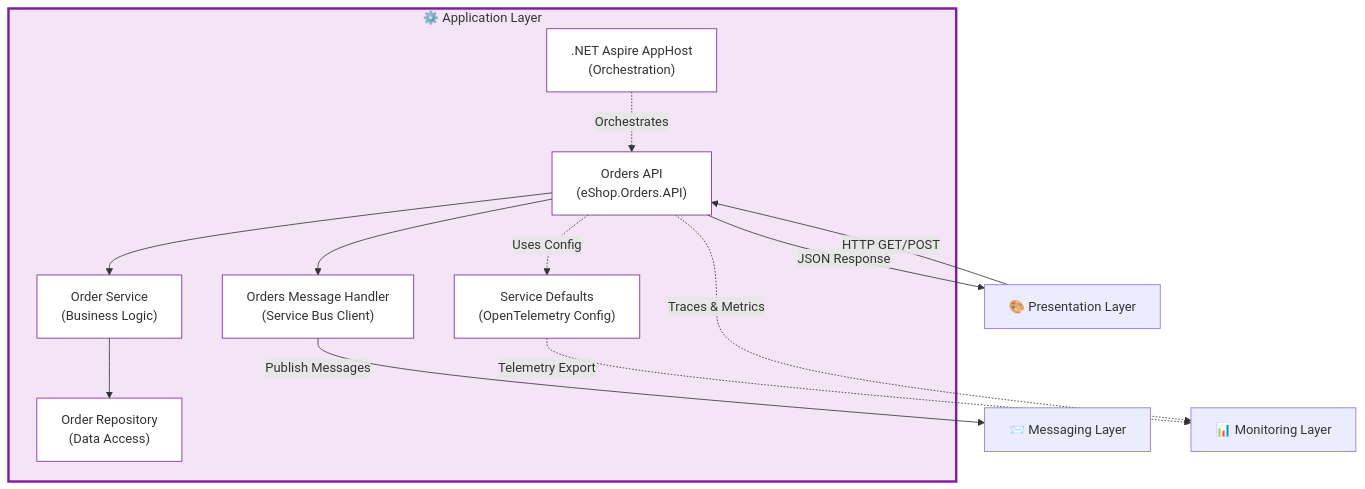
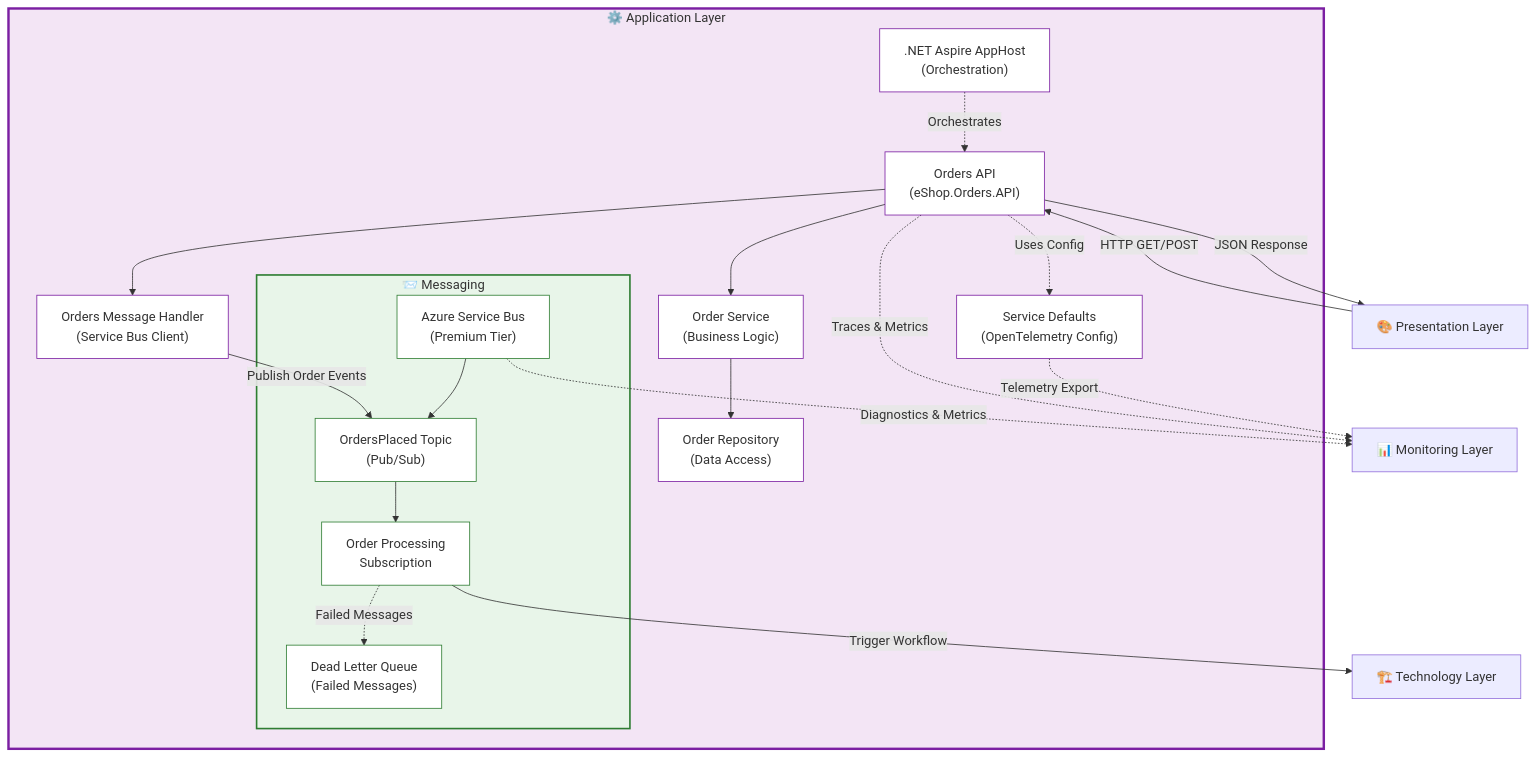
The third of 6 diagrams in README.md (Evilazaro/Azure-LogicApps-Monitoring), drawn with Mermaid before and after one commit. The commit also changed other lines of this file, not shown here.

````diff
--- a/README.md
+++ b/README.md
@@ -195,37 +210,58 @@
 ```mermaid
 graph TD
     subgraph ApplicationLayer["⚙️ Application Layer"]
+        AppHost[".NET Aspire AppHost<br/>(Orchestration)"]
         OrdersAPI["Orders API<br/>(eShop.Orders.API)"]
+        ServiceDefaults["Service Defaults<br/>(OpenTelemetry Config)"]
         OrderService["Order Service<br/>(Business Logic)"]
+        MessageHandler["Orders Message Handler<br/>(Service Bus Client)"]
         OrderRepository["Order Repository<br/>(Data Access)"]
-        AppHost[".NET Aspire AppHost<br/>(Orchestration)"]
-        ServiceDefaults["Service Defaults<br/>(OpenTelemetry Config)"]
-        MessageHandler["Orders Message Handler<br/>(Service Bus Client)"]
+        
+        subgraph Messaging["📨 Messaging"]
+            ServiceBus["Azure Service Bus<br/>(Premium Tier)"]
+            OrdersTopic["OrdersPlaced Topic<br/>(Pub/Sub)"]
+            Subscription["Order Processing<br/>Subscription"]
+            DeadLetterQueue["Dead Letter Queue<br/>(Failed Messages)"]
+        end
     end
 
     %% Internal connections
+    AppHost -.->|"Orchestrates"| OrdersAPI
+    OrdersAPI -.->|"Uses Config"| ServiceDefaults
     OrdersAPI --> OrderService
     OrderService --> OrderRepository
     OrdersAPI --> MessageHandler
-    AppHost -.->|"Orchestrates"| OrdersAPI
-    OrdersAPI -.->|"Uses Config"| ServiceDefaults
+    
+    %% Messaging internal connections
+    ServiceBus --> OrdersTopic
+    OrdersTopic --> Subscription
+    Subscription -.->|"Failed Messages"| DeadLetterQueue
+    
+    %% Application to Messaging connections
+    MessageHandler -->|"Publish Order Events"| OrdersTopic
 
     %% Interactions with Presentation Layer
     PresentationLayer["🎨 Presentation Layer"] -->|"HTTP GET/POST"| OrdersAPI
     OrdersAPI -->|"JSON Response"| PresentationLayer
 
-    %% Interactions with Messaging Layer
-    MessageHandler -->|"Publish Messages"| MessagingLayer["📨 Messaging Layer"]
+    %% Interactions with Technology Layer
+    Subscription -->|"Trigger Workflow"| TechnologyLayer["🏗️ Technology Layer"]
 
     %% Interactions with Monitoring Layer
     ServiceDefaults -.->|"Telemetry Export"| MonitoringLayer["📊 Monitoring Layer"]
     OrdersAPI -.->|"Traces & Metrics"| MonitoringLayer
+    ServiceBus -.->|"Diagnostics & Metrics"| MonitoringLayer
 
     style ApplicationLayer fill:#f3e5f5,stroke:#7b1fa2,stroke-width:3px
+    style AppHost fill:#ffffff,stroke:#7b1fa2
     style OrdersAPI fill:#ffffff,stroke:#7b1fa2
+    style ServiceDefaults fill:#ffffff,stroke:#7b1fa2
     style OrderService fill:#ffffff,stroke:#7b1fa2
+    style MessageHandler fill:#ffffff,stroke:#7b1fa2
     style OrderRepository fill:#ffffff,stroke:#7b1fa2
-    style AppHost fill:#ffffff,stroke:#7b1fa2
-    style ServiceDefaults fill:#ffffff,stroke:#7b1fa2
-    style MessageHandler fill:#ffffff,stroke:#7b1fa2
+    style Messaging fill:#e8f5e9,stroke:#2e7d32,stroke-width:2px
+    style ServiceBus fill:#ffffff,stroke:#2e7d32
+    style OrdersTopic fill:#ffffff,stroke:#2e7d32
+    style Subscription fill:#ffffff,stroke:#2e7d32
+    style DeadLetterQueue fill:#ffffff,stroke:#2e7d32
 ```
````
